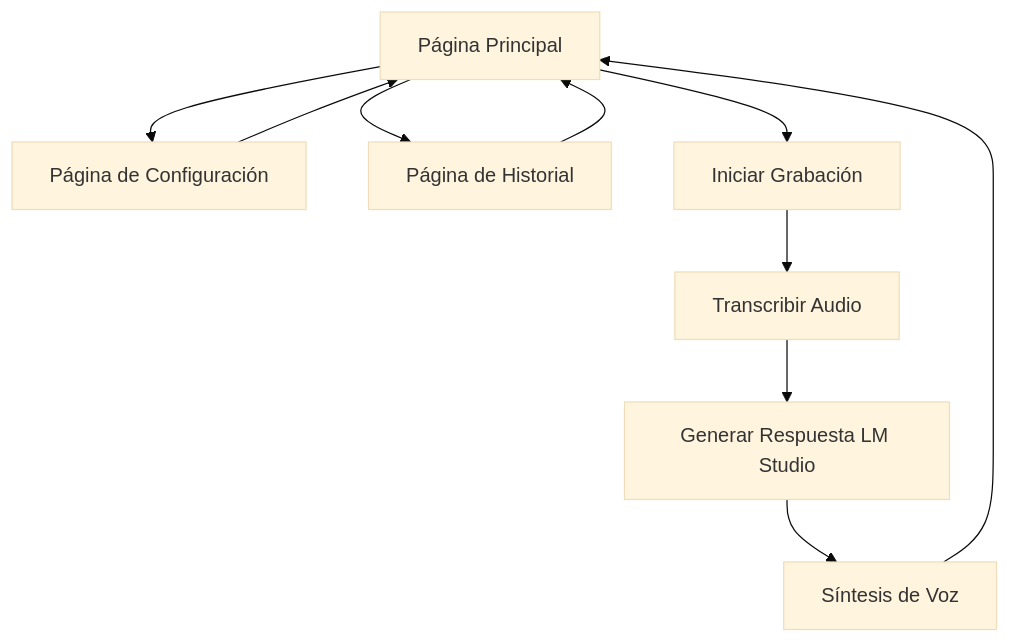
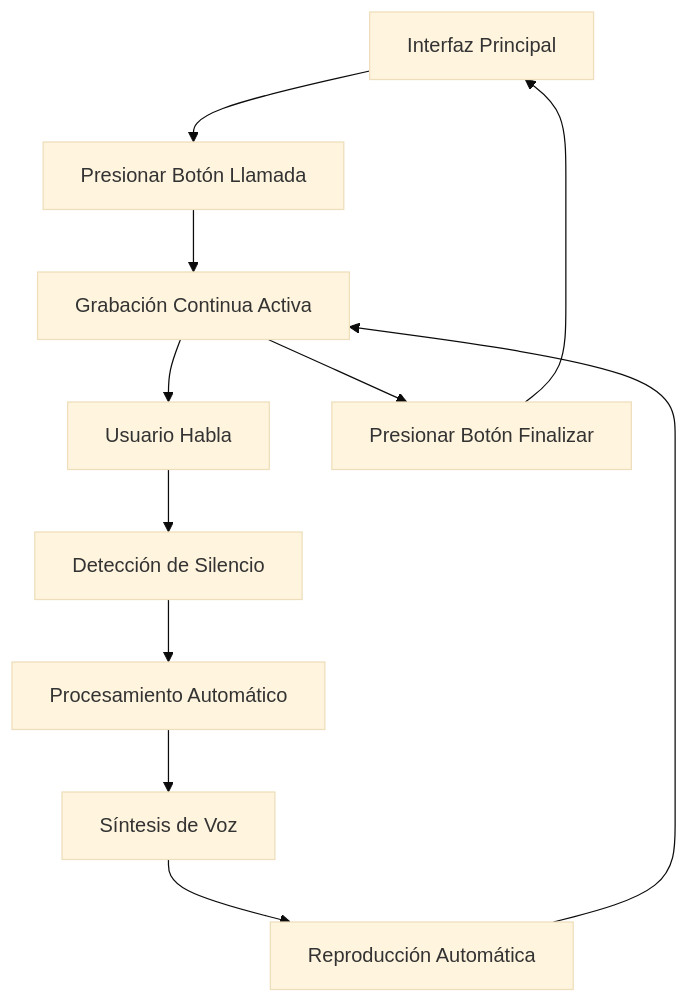
Before and after one commit to dm94/ia-speaker: the diagram in .trae/documents/ia-speaker-requirements.md, drawn with Mermaid (base theme). The commit also changed other lines of this file and 18 other files, not shown here.

````diff
--- a/.trae/documents/ia-speaker-requirements.md
+++ b/.trae/documents/ia-speaker-requirements.md
@@ -42,12 +44,13 @@
 ```mermaid
 graph TD
-    A[Página Principal] --> B[Página de Configuración]
-    A --> C[Página de Historial]
-    B --> A
-    C --> A
-    A --> D[Iniciar Grabación]
-    D --> E[Transcribir Audio]
-    E --> F[Generar Respuesta LM Studio]
-    F --> G[Síntesis de Voz]
-    G --> A
+  A[Interfaz Principal] --> B[Presionar Botón Llamada]
+  B --> C[Grabación Continua Activa]
+  C --> D[Usuario Habla]
+  D --> E[Detección de Silencio]
+  E --> F[Procesamiento Automático]
+  F --> G[Síntesis de Voz]
+  G --> H[Reproducción Automática]
+  H --> C
+  C --> I[Presionar Botón Finalizar]
+  I --> A
 ```
````
